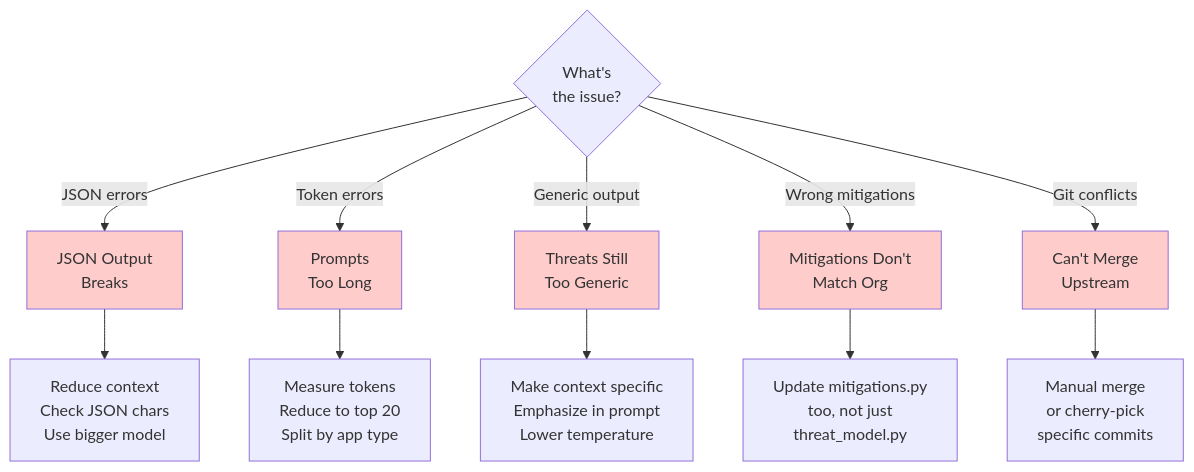
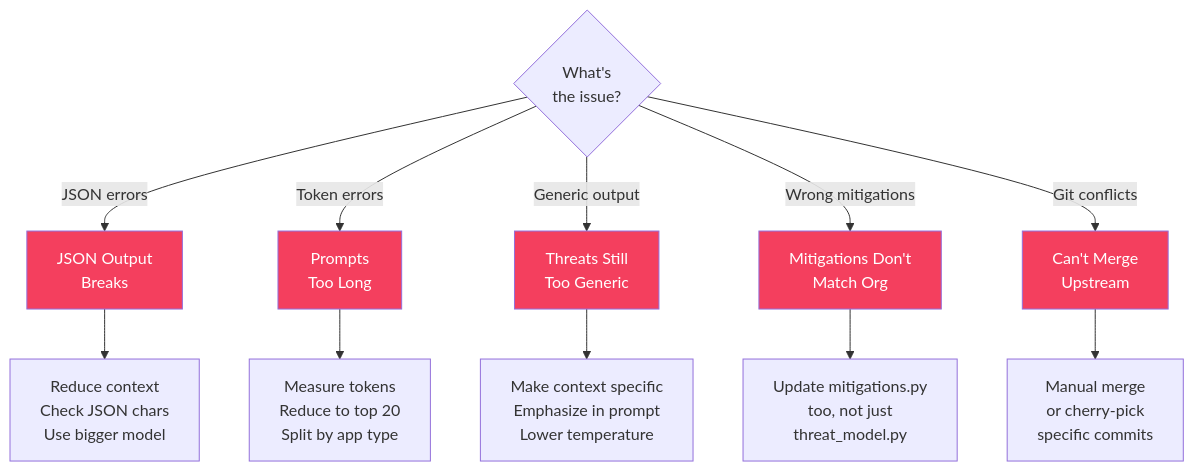
One commit to mrwadams/stride-gpt changed the seventh of 7 diagrams in docs/operationalization-guide.md. Above: the diagram before and after it, drawn with Mermaid. The commit also changed other lines of this file, not shown here.

````diff
--- a/docs/operationalization-guide.md
+++ b/docs/operationalization-guide.md
@@ -607,22 +429,22 @@
 ```mermaid
 flowchart TD
     Problem{What's<br/>the issue?}
 
     Problem -->|JSON errors| P1[JSON Output<br/>Breaks]
     Problem -->|Token errors| P2[Prompts<br/>Too Long]
     Problem -->|Generic output| P3[Threats Still<br/>Too Generic]
     Problem -->|Wrong mitigations| P4[Mitigations Don't<br/>Match Org]
     Problem -->|Git conflicts| P5[Can't Merge<br/>Upstream]
 
     P1 --> S1[Reduce context<br/>Check JSON chars<br/>Use bigger model]
     P2 --> S2[Measure tokens<br/>Reduce to top 20<br/>Split by app type]
     P3 --> S3[Make context specific<br/>Emphasize in prompt<br/>Lower temperature]
     P4 --> S4[Update mitigations.py<br/>too, not just<br/>threat_model.py]
     P5 --> S5[Manual merge<br/>or cherry-pick<br/>specific commits]
 
-    style P1 fill:#ffcccc
-    style P2 fill:#ffcccc
-    style P3 fill:#ffcccc
-    style P4 fill:#ffcccc
-    style P5 fill:#ffcccc
+    style P1 fill:#F43F5E,color:#fff
+    style P2 fill:#F43F5E,color:#fff
+    style P3 fill:#F43F5E,color:#fff
+    style P4 fill:#F43F5E,color:#fff
+    style P5 fill:#F43F5E,color:#fff
 ```
````
